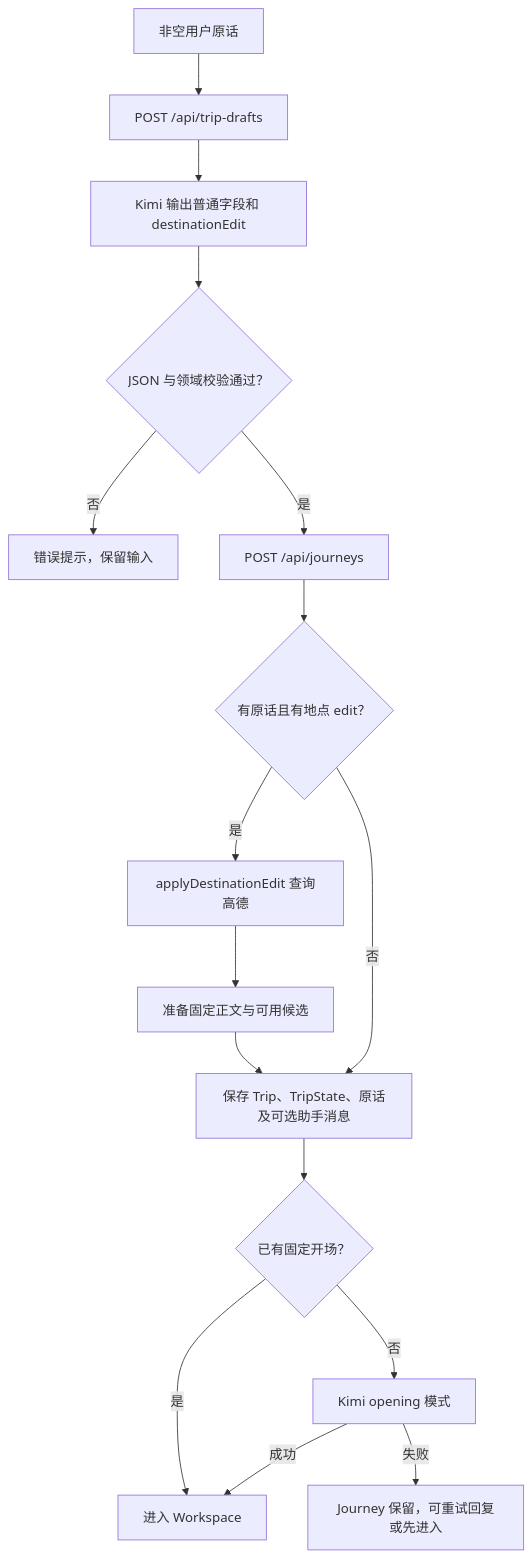
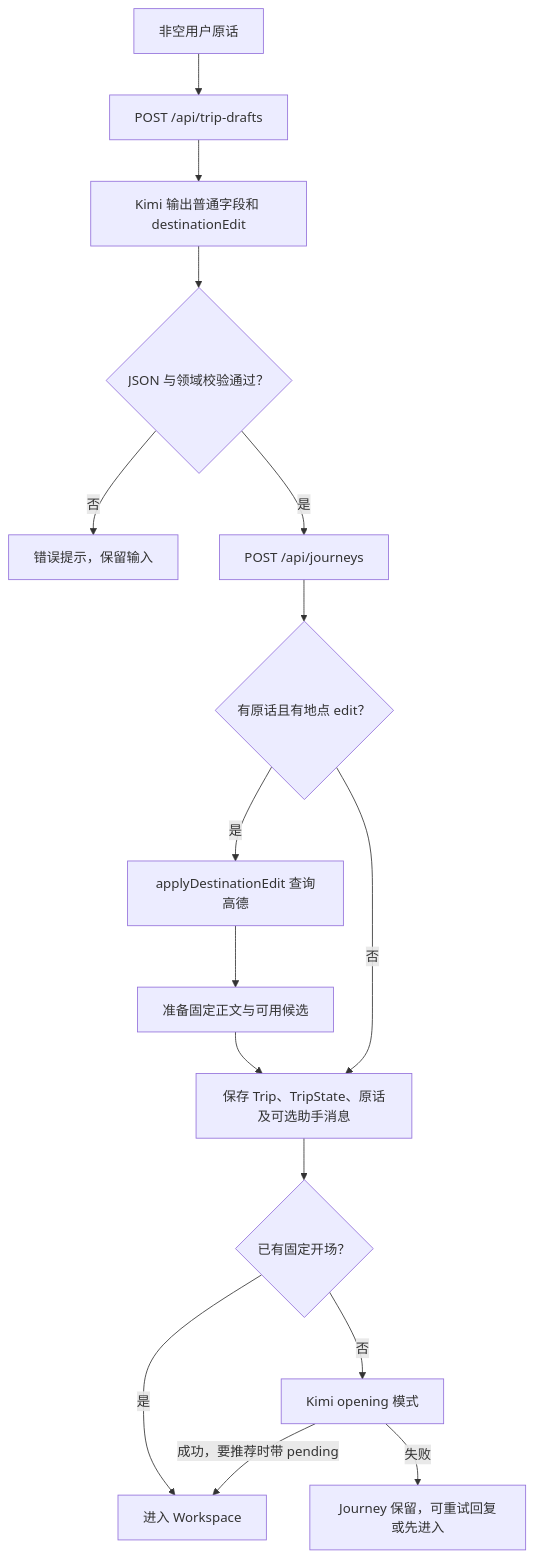
One commit to meiyulin22/Meri-Road-Trip changed the second of 3 diagrams in docs/USER_FLOW_CURRENT.md. Above: the diagram before and after it, drawn with Mermaid. The commit also changed other lines of this file and 25 other files, not shown here.

````diff
--- a/docs/USER_FLOW_CURRENT.md
+++ b/docs/USER_FLOW_CURRENT.md
@@ -88,18 +88,18 @@
 ```mermaid
 flowchart TD
   U[非空用户原话] --> A[POST /api/trip-drafts]
   A --> B[Kimi 输出普通字段和 destinationEdit]
   B --> C{JSON 与领域校验通过？}
   C -->|否| X[错误提示，保留输入]
   C -->|是| D[POST /api/journeys]
   D --> E{有原话且有地点 edit？}
   E -->|是| G[applyDestinationEdit 查询高德]
   G --> H[准备固定正文与可用候选]
   H --> I[保存 Trip、TripState、原话及可选助手消息]
   E -->|否| I
   I --> J{已有固定开场？}
   J -->|是| W[进入 Workspace]
   J -->|否| K[Kimi opening 模式]
-  K -->|成功| W
+  K -->|成功，要推荐时带 pending| W
   K -->|失败| R[Journey 保留，可重试回复或先进入]
 ```
````
